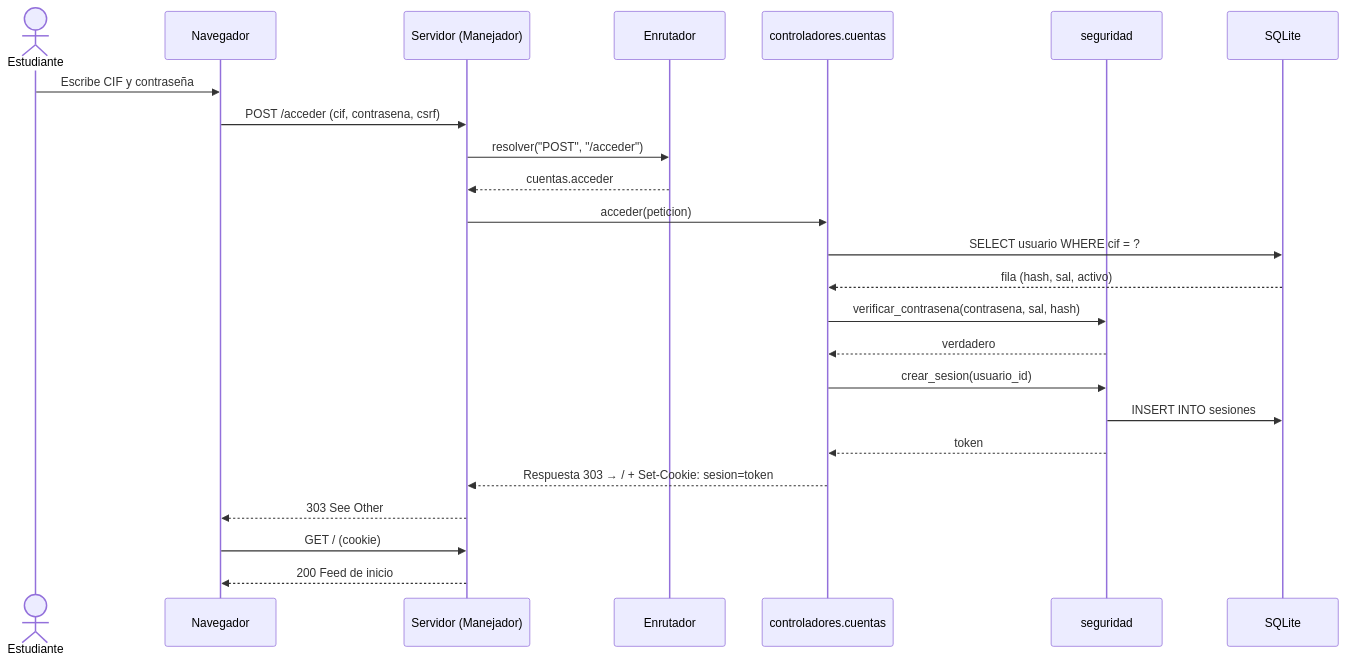
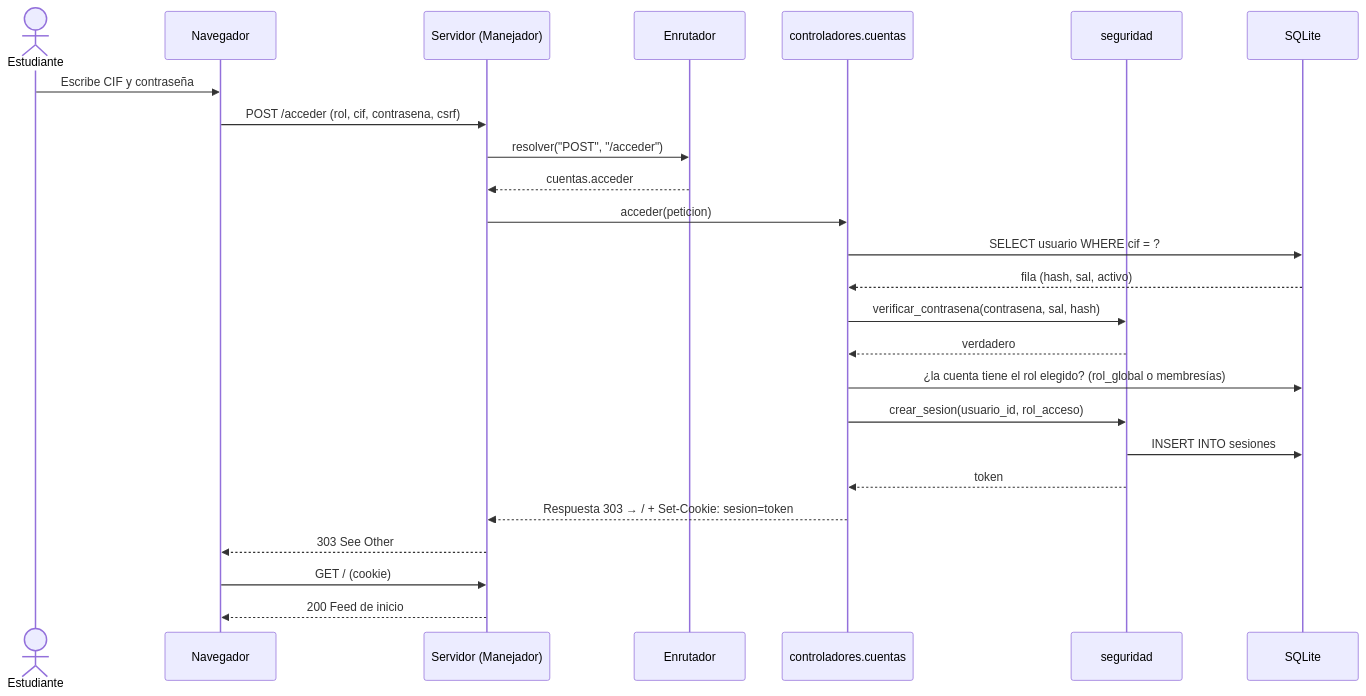
The fourth of 13 diagrams in docs/04_modelado_uml.md (Lis-carl/Vortex_club-s), drawn with Mermaid before and after one commit. The commit also changed other lines of this file and 42 other files, not shown here.

````diff
--- a/docs/04_modelado_uml.md
+++ b/docs/04_modelado_uml.md
@@ -278,27 +332,28 @@
 ```mermaid
 sequenceDiagram
     actor U as Estudiante
     participant N as Navegador
     participant S as Servidor (Manejador)
     participant R as Enrutador
     participant C as controladores.cuentas
     participant Sg as seguridad
     participant BD as SQLite
 
     U->>N: Escribe CIF y contraseña
-    N->>S: POST /acceder (cif, contrasena, csrf)
+    N->>S: POST /acceder (rol, cif, contrasena, csrf)
     S->>R: resolver("POST", "/acceder")
     R-->>S: cuentas.acceder
     S->>C: acceder(peticion)
     C->>BD: SELECT usuario WHERE cif = ?
     BD-->>C: fila (hash, sal, activo)
     C->>Sg: verificar_contrasena(contrasena, sal, hash)
     Sg-->>C: verdadero
-    C->>Sg: crear_sesion(usuario_id)
+    C->>BD: ¿la cuenta tiene el rol elegido? (rol_global o membresías)
+    C->>Sg: crear_sesion(usuario_id, rol_acceso)
     Sg->>BD: INSERT INTO sesiones
     Sg-->>C: token
     C-->>S: Respuesta 303 → /  + Set-Cookie: sesion=token
     S-->>N: 303 See Other
     N->>S: GET / (cookie)
     S-->>N: 200 Feed de inicio
 ```
````
